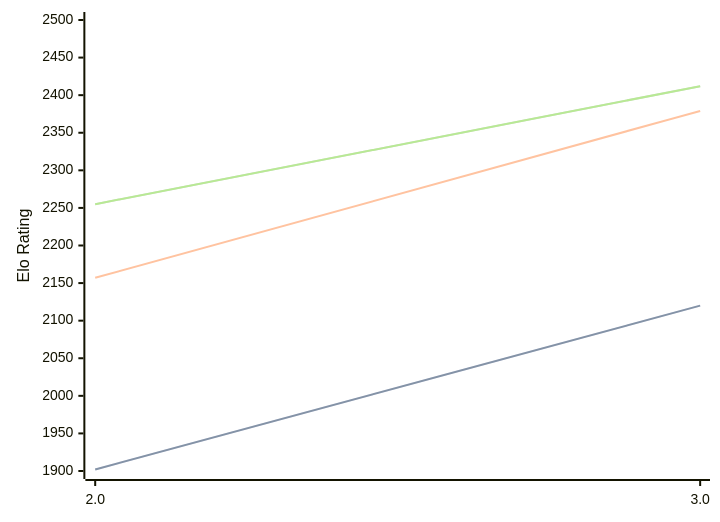
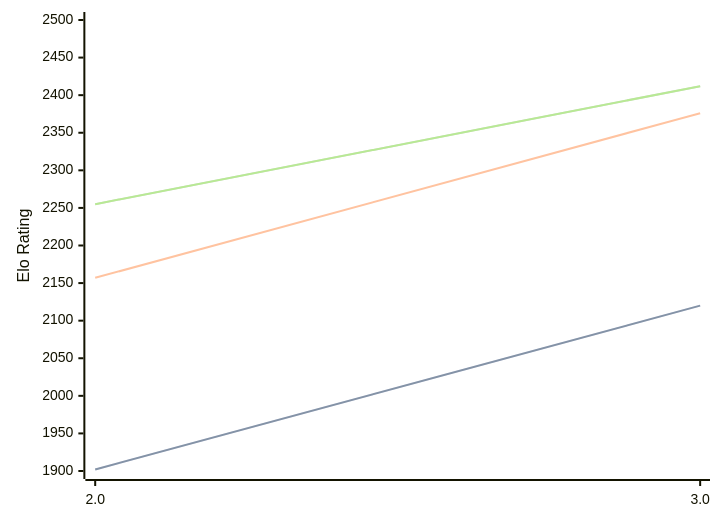
One commit to computer-chess-index/cci changed the diagram in engines/Zeno.md. Above: the diagram before and after it, drawn with Mermaid. The commit also changed other lines of this file, not shown here.

````diff
--- a/engines/Zeno.md
+++ b/engines/Zeno.md
@@ -32,11 +32,11 @@
 ```mermaid
 %%{init: {"theme":"base","themeVariables":{"seriesColors:['#a3a3a3','#222221','#faa371']}}}%%
 xychart-beta
   x-axis ["2.0", "3.0"]
   y-axis "Elo Rating" 1900 --> 2500
   line "" [1902, 2120]
   line "STC (8.0+0.08s)" [1902, 2120]
-  line "LTC (60.0+0.60s)" [2157, 2379]
+  line "LTC (60.0+0.60s)" [2157, 2376]
   line "" [2255, 2412]
   line "VLTC (2m24s+1.12s)" [2255, 2412]
 ```
````
